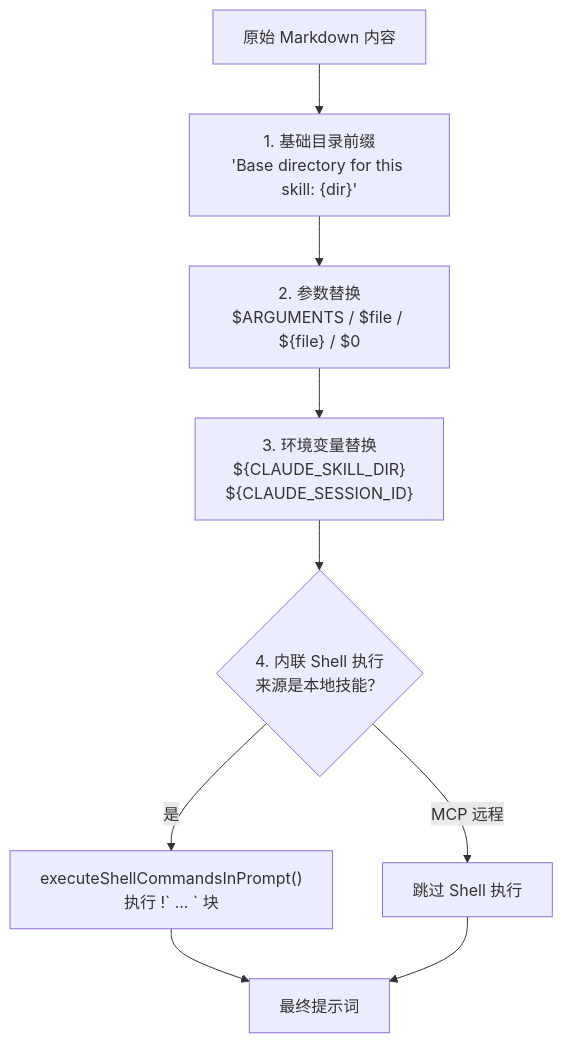
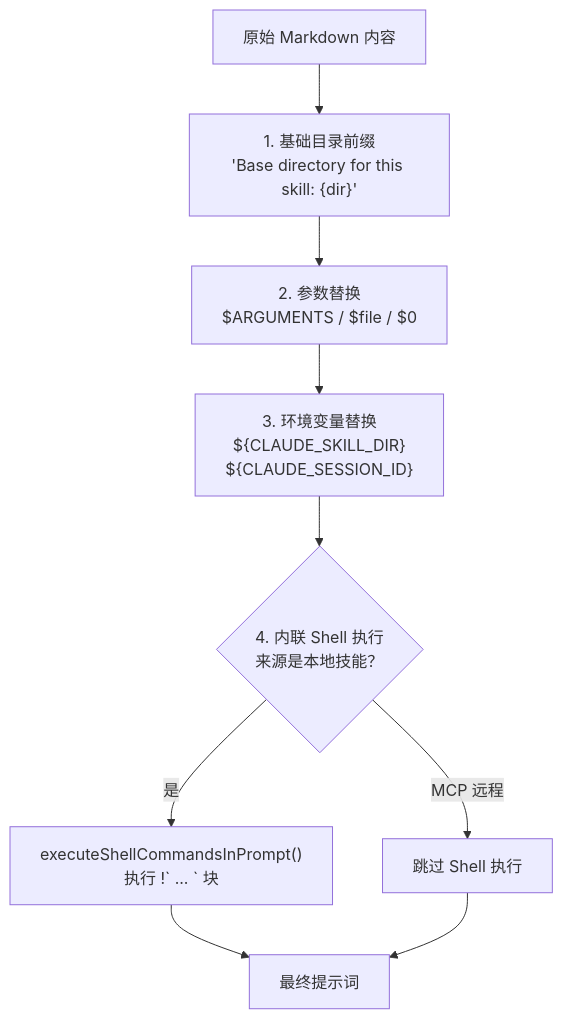
The fourth of 7 diagrams in docs/09-skills-system.md (Windy3f3f3f3f/how-claude-code-works), drawn with Mermaid before and after one commit. The commit also changed other lines of this file and 36 other files, not shown here.

````diff
--- a/docs/09-skills-system.md
+++ b/docs/09-skills-system.md
@@ -207,11 +207,11 @@
 ```mermaid
 flowchart TD
     Raw[原始 Markdown 内容] --> Base["1. 基础目录前缀<br/>'Base directory for this skill: {dir}'"]
-    Base --> Args["2. 参数替换<br/>$ARGUMENTS / $file / ${file} / $0"]
+    Base --> Args["2. 参数替换<br/>$ARGUMENTS / $file / $0"]
     Args --> Env["3. 环境变量替换<br/>${CLAUDE_SKILL_DIR}<br/>${CLAUDE_SESSION_ID}"]
     Env --> Shell{"4. 内联 Shell 执行<br/>来源是本地技能？"}
     Shell -->|是| Exec["executeShellCommandsInPrompt()<br/>执行 !` ... ` 块"]
     Shell -->|MCP 远程| Skip["跳过 Shell 执行"]
     Exec --> Final[最终提示词]
     Skip --> Final
 ```
````
